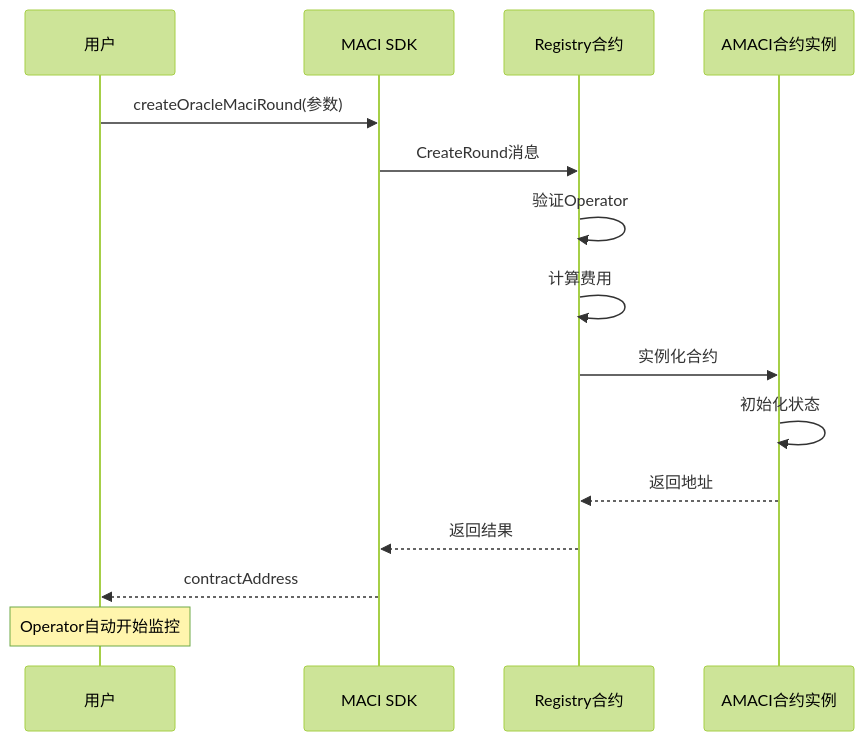
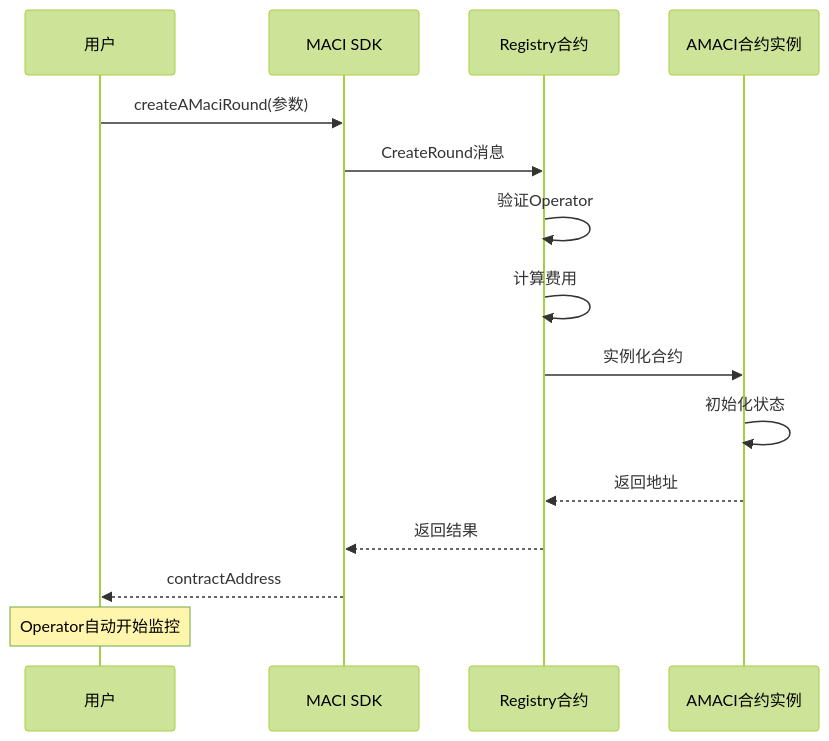
One commit to DoraFactory/maci changed the fifth of 7 diagrams in docs/content/zh/docs/contracts/registry.mdx. Above: the diagram before and after it, drawn with Mermaid (forest theme). The commit also changed other lines of this file and 29 other files, not shown here.

````diff
--- a/docs/content/zh/docs/contracts/registry.mdx
+++ b/docs/content/zh/docs/contracts/registry.mdx
@@ -215,17 +215,17 @@
 ```mermaid
 sequenceDiagram
     participant User as 用户
     participant SDK as MACI SDK
     participant Registry as Registry合约
     participant AMACI as AMACI合约实例
-    User->>SDK: createOracleMaciRound(参数)
+    User->>SDK: createAMaciRound(参数)
     SDK->>Registry: CreateRound消息
     Registry->>Registry: 验证Operator
     Registry->>Registry: 计算费用
     Registry->>AMACI: 实例化合约
     AMACI->>AMACI: 初始化状态
     AMACI-->>Registry: 返回地址
     Registry-->>SDK: 返回结果
     SDK-->>User: contractAddress
     Note over User: Operator自动开始监控
 ```
````
